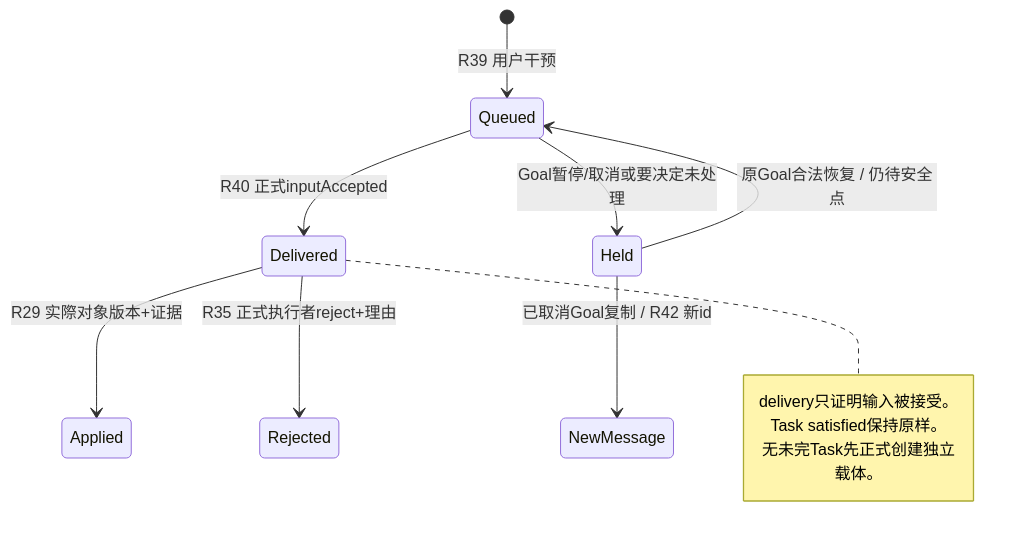
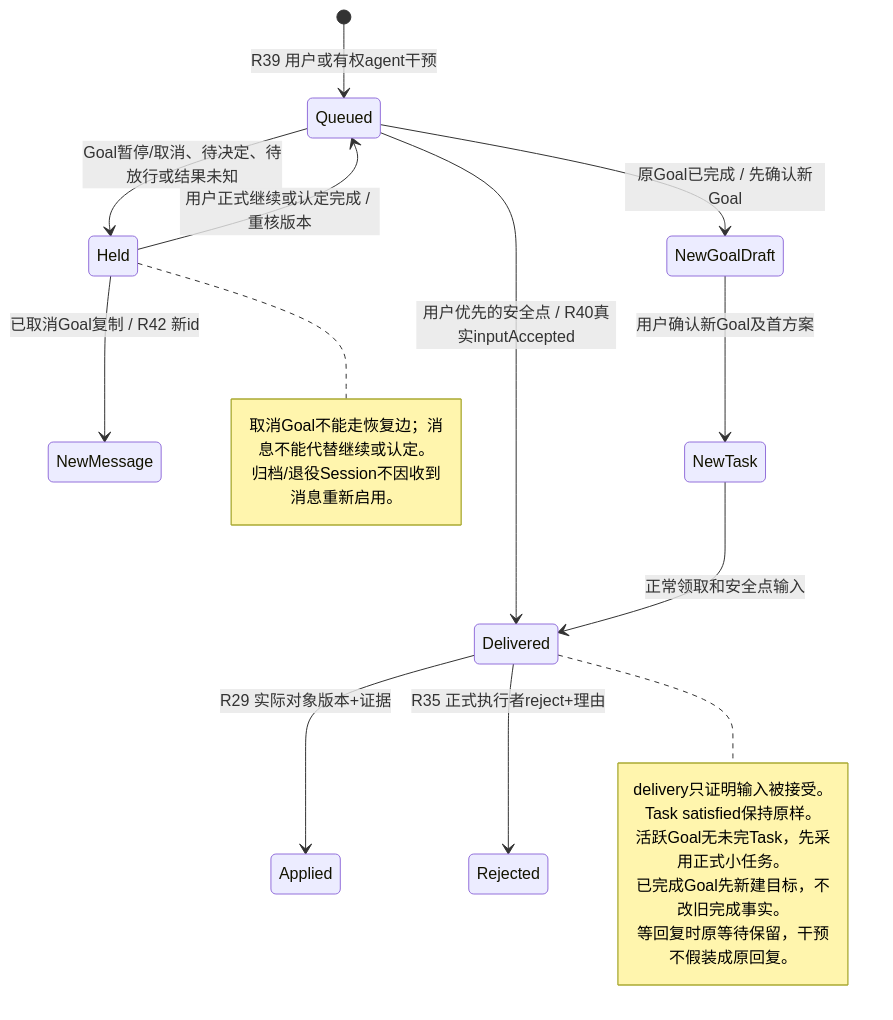
The eighth of 24 diagrams in docs/refactor/design/orchestration-2026-10/model/DIAGRAMS.md (hk865/coding-platform), drawn with Mermaid before and after one commit. The commit also changed other lines of this file and 1 other file, not shown here.

First line of the commit message:
docs: freeze the wiring-2 spec (U1 = 甲, L10–L12, test-driven section 5) and bring DIAGRAMS up to decisions 42–49

````diff
--- a/docs/refactor/design/orchestration-2026-10/model/DIAGRAMS.md
+++ b/docs/refactor/design/orchestration-2026-10/model/DIAGRAMS.md
@@ -209,15 +326,24 @@
 ```mermaid
 stateDiagram-v2
-  [*] --> Queued: R39 用户干预
-  Queued --> Held: Goal暂停/取消或要决定未处理
-  Held --> Queued: 原Goal合法恢复 / 仍待安全点
-  Queued --> Delivered: R40 正式inputAccepted
-  Delivered --> Applied: R29 实際对象版本+证据
+  [*] --> Queued: R39 用户或有权agent干预
+  Queued --> Held: Goal暂停/取消、待决定、待放行或结果未知
+  Held --> Queued: 用户正式继续或认定完成 / 重核版本
+  Queued --> Delivered: 用户优先的安全点 / R40真实inputAccepted
+  Delivered --> Applied: R29 实际对象版本+证据
   Delivered --> Rejected: R35 正式执行者reject+理由
   Held --> NewMessage: 已取消Goal复制 / R42 新id
+  Queued --> NewGoalDraft: 原Goal已完成 / 先确认新Goal
+  NewGoalDraft --> NewTask: 用户确认新Goal及首方案
+  NewTask --> Delivered: 正常领取和安全点输入
   note right of Delivered
     delivery只证明输入被接受。
     Task satisfied保持原样。
-    无未完Task先正式创建独立载体。
+    活跃Goal无未完Task，先采用正式小任务。
+    已完成Goal先新建目标，不改旧完成事实。
+    等回复时原等待保留，干预不假装成原回复。
+  end note
+  note right of Held
+    取消Goal不能走恢复边；消息不能代替继续或认定。
+    归档/退役Session不因收到消息重新启用。
   end note
 ```
````
